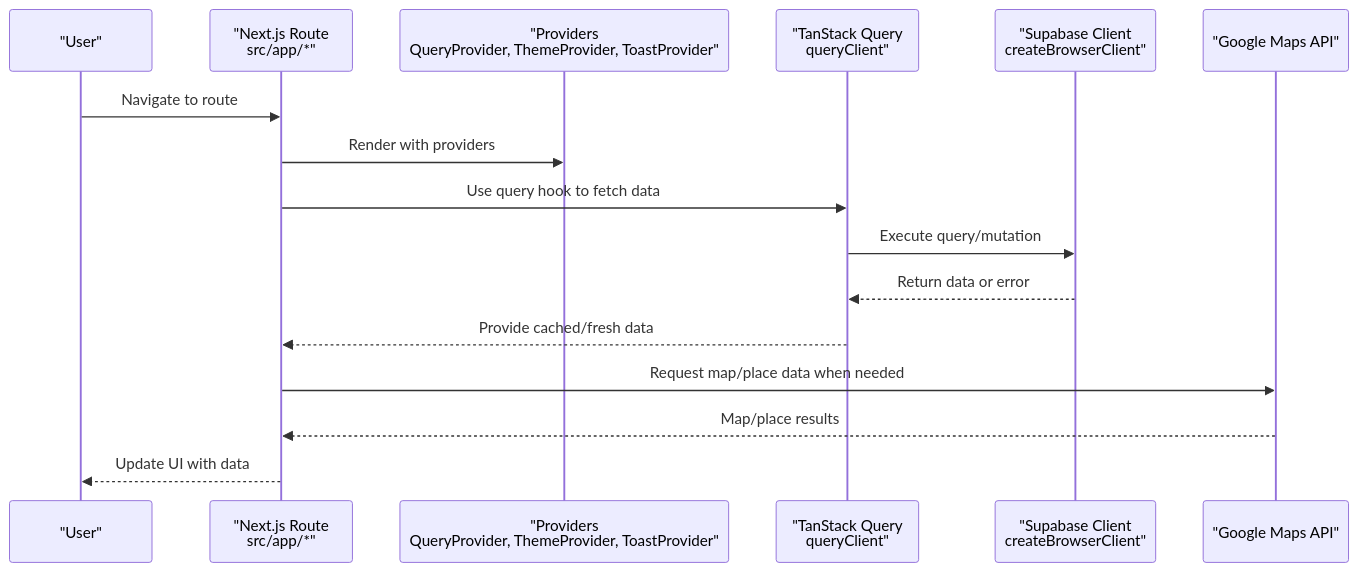
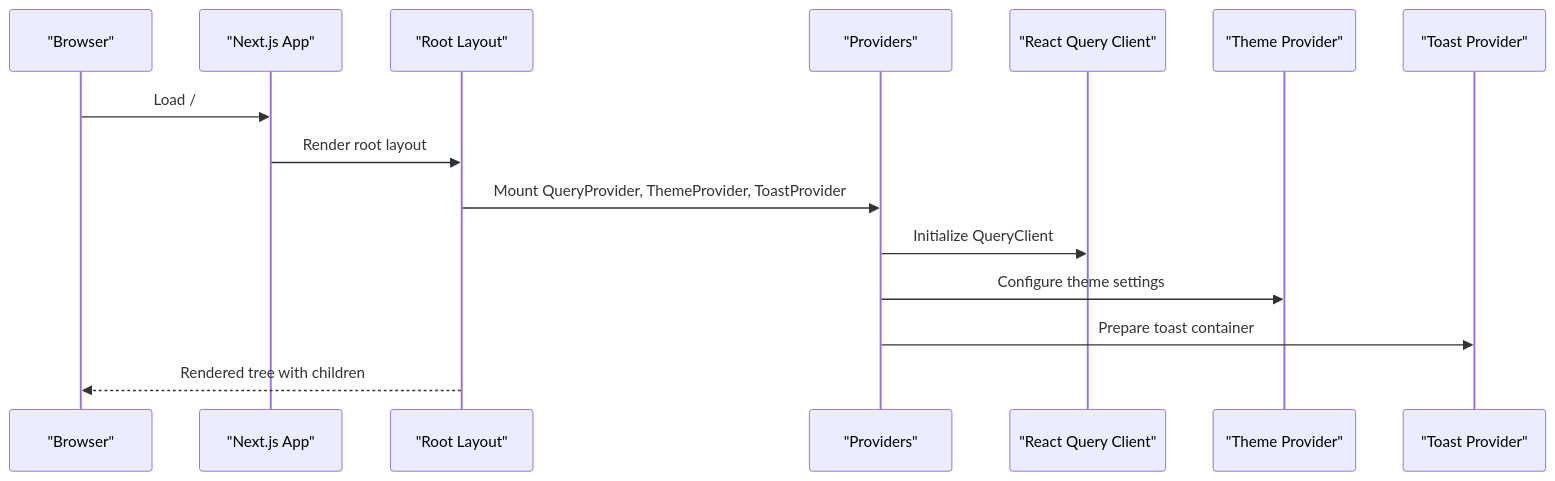
One commit to Meaetin/alibaba-hackathon changed the third of 9 diagrams in .qoder/repowiki/en/content/Architecture Overview/Architecture Overview.md. Above: the diagram before and after it, drawn with Mermaid. The commit also changed other lines of this file and 241 other files, not shown here.

````diff
--- a/.qoder/repowiki/en/content/Architecture Overview/Architecture Overview.md
+++ b/.qoder/repowiki/en/content/Architecture Overview/Architecture Overview.md
@@ -89,18 +133,17 @@
 ```mermaid
 sequenceDiagram
-participant U as "User"
-participant R as "Next.js Route<br/>src/app/*"
-participant P as "Providers<br/>QueryProvider, ThemeProvider, ToastProvider"
-participant Q as "TanStack Query<br/>queryClient"
-participant S as "Supabase Client<br/>createBrowserClient"
-participant G as "Google Maps API"
-U->>R : Navigate to route
-R->>P : Render with providers
-R->>Q : Use query hook to fetch data
-Q->>S : Execute query/mutation
-S-->>Q : Return data or error
-Q-->>R : Provide cached/fresh data
-R->>G : Request map/place data when needed
-G-->>R : Map/place results
-R-->>U : Update UI with data
+participant Browser as "Browser"
+participant Next as "Next.js App"
+participant Layout as "Root Layout"
+participant Providers as "Providers"
+participant Query as "React Query Client"
+participant Theme as "Theme Provider"
+participant Toast as "Toast Provider"
+Browser->>Next : Load /
+Next->>Layout : Render root layout
+Layout->>Providers : Mount QueryProvider, ThemeProvider, ToastProvider
+Providers->>Query : Initialize QueryClient
+Providers->>Theme : Configure theme settings
+Providers->>Toast : Prepare toast container
+Layout-->>Browser : Rendered tree with children
 ```
````
